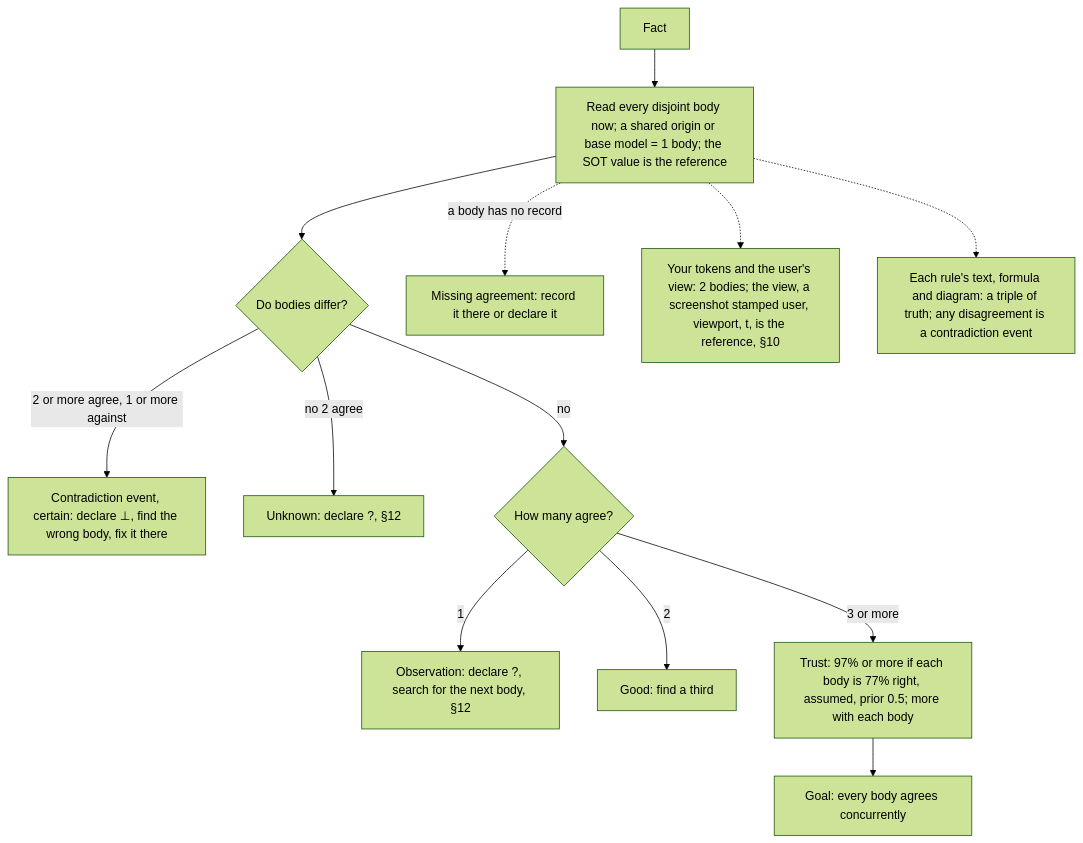
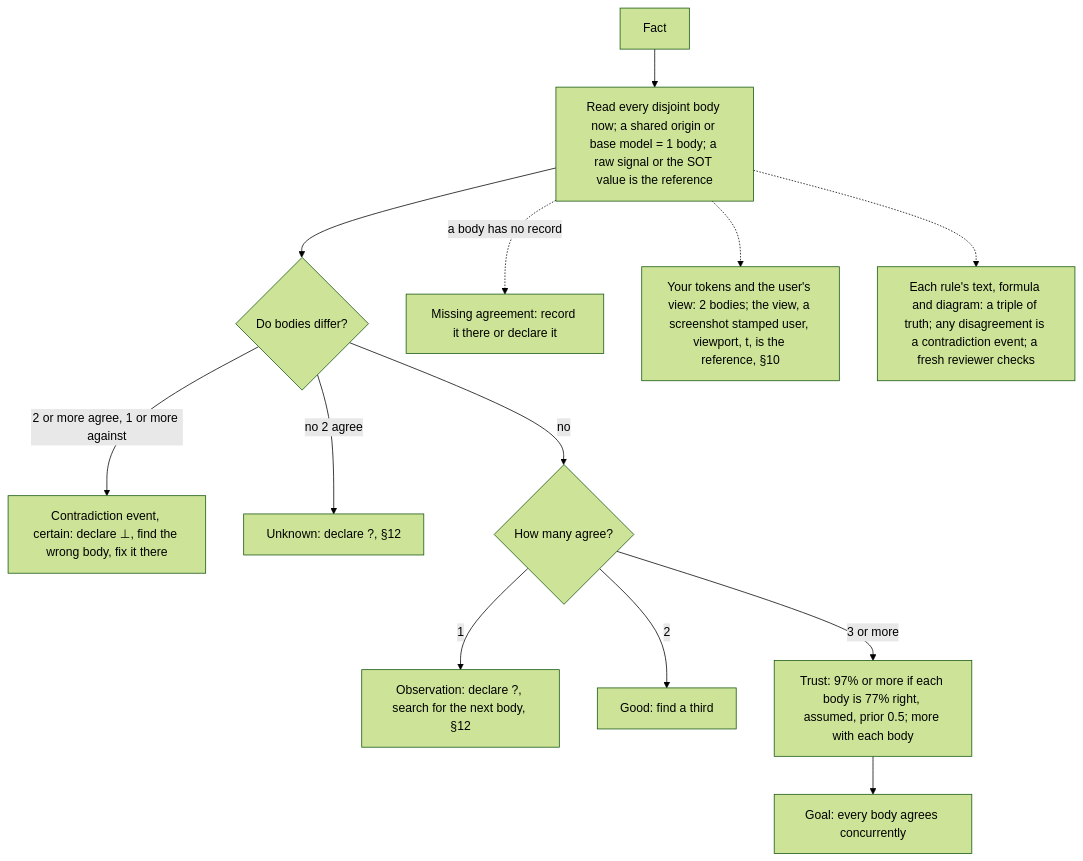
Before and after one commit to SolenixAI/arbiter: diagram 14 of 14 in AGENTS.md, drawn with Mermaid (forest theme). The commit also changed other lines of this file and 1 other file, not shown here.

First line of the commit message:
fix(agents): restore every rule the token pass dropped; one form never drifts

````diff
--- a/AGENTS.md
+++ b/AGENTS.md
@@ -538,15 +539,15 @@
 ```mermaid
 flowchart TD
-  F[Fact] --> B["Read every disjoint body now; a shared origin or base model = 1 body; the SOT value is the reference"]
+  F[Fact] --> B["Read every disjoint body now; a shared origin or base model = 1 body; a raw signal or the SOT value is the reference"]
   B --> D{Do bodies differ?}
   D -->|2 or more agree, 1 or more against| C["Contradiction event, certain: declare ⊥, find the wrong body, fix it there"]
   D -->|no 2 agree| U["Unknown: declare ?, §12"]
   D -->|no| N{How many agree?}
   N -->|1| O["Observation: declare ?, search for the next body, §12"]
   N -->|2| G[Good: find a third]
   N -->|3 or more| T["Trust: 97% or more if each body is 77% right, assumed, prior 0.5; more with each body"]
   B -.->|a body has no record| Mi[Missing agreement: record it there or declare it]
   B -.-> TP["Your tokens and the user's view: 2 bodies; the view, a screenshot stamped user, viewport, t, is the reference, §10"]
-  B -.-> TR["Each rule's text, formula and diagram: a triple of truth; any disagreement is a contradiction event"]
+  B -.-> TR["Each rule's text, formula and diagram: a triple of truth; any disagreement is a contradiction event; a fresh reviewer checks"]
   T --> Goal[Goal: every body agrees concurrently]
 ```
````
